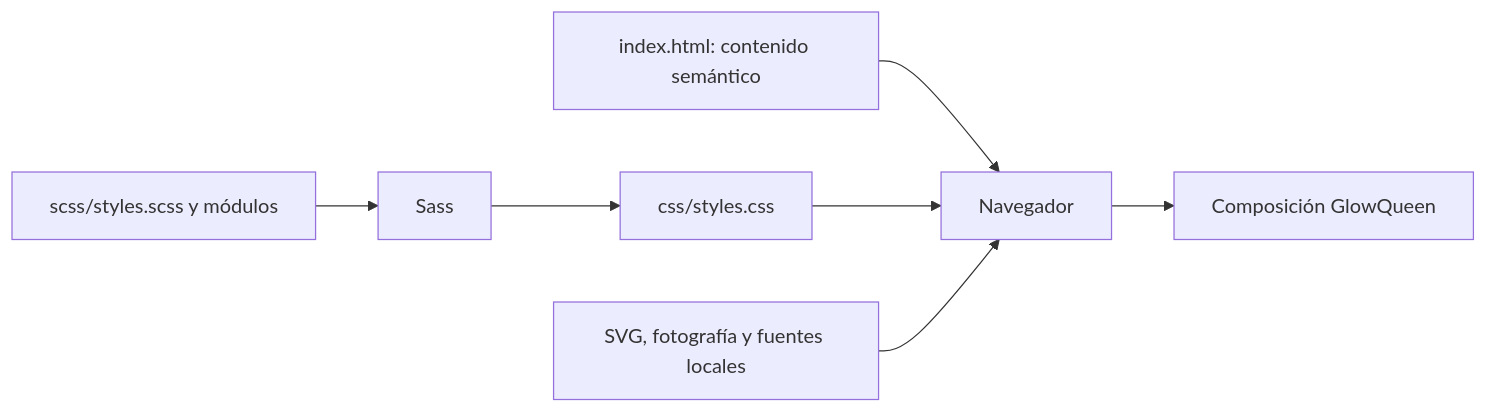
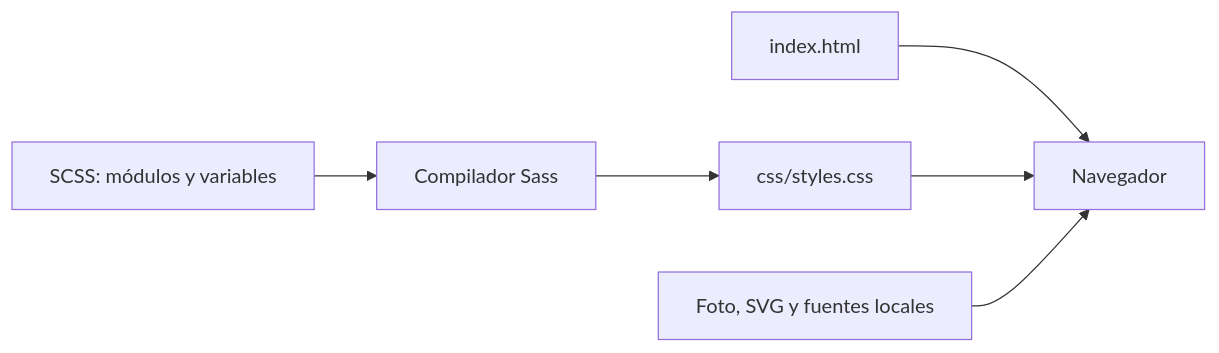
The diagram in README.md (ALE-108/SPA-BEAUTY), drawn with Mermaid before and after one commit. The commit also changed other lines of this file and 10 other files, not shown here.

````diff
--- a/README.md
+++ b/README.md
@@ -43,9 +67,8 @@
 ```mermaid
 flowchart LR
-  HTML[index.html: contenido semántico] --> Browser[Navegador]
-  Sass[scss/styles.scss y módulos] --> Compiler[Sass]
-  Compiler --> CSS[css/styles.css]
+  SCSS[SCSS: módulos y variables] --> Sass[Compilador Sass]
+  Sass --> CSS[css/styles.css]
+  HTML[index.html] --> Browser[Navegador]
   CSS --> Browser
-  Assets[SVG, fotografía y fuentes locales] --> Browser
-  Browser --> Preview[Composición GlowQueen]
+  Assets[Foto, SVG y fuentes locales] --> Browser
 ```
````
